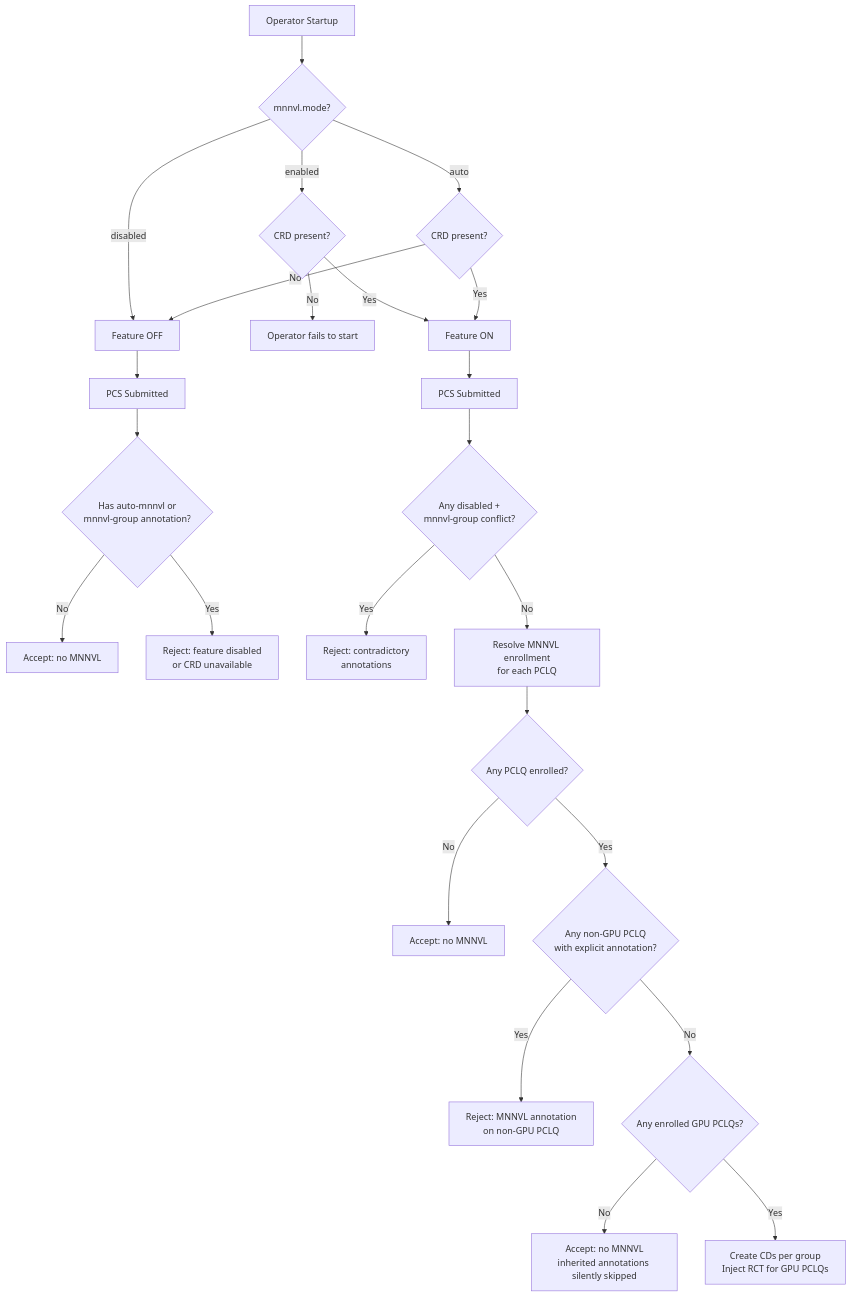
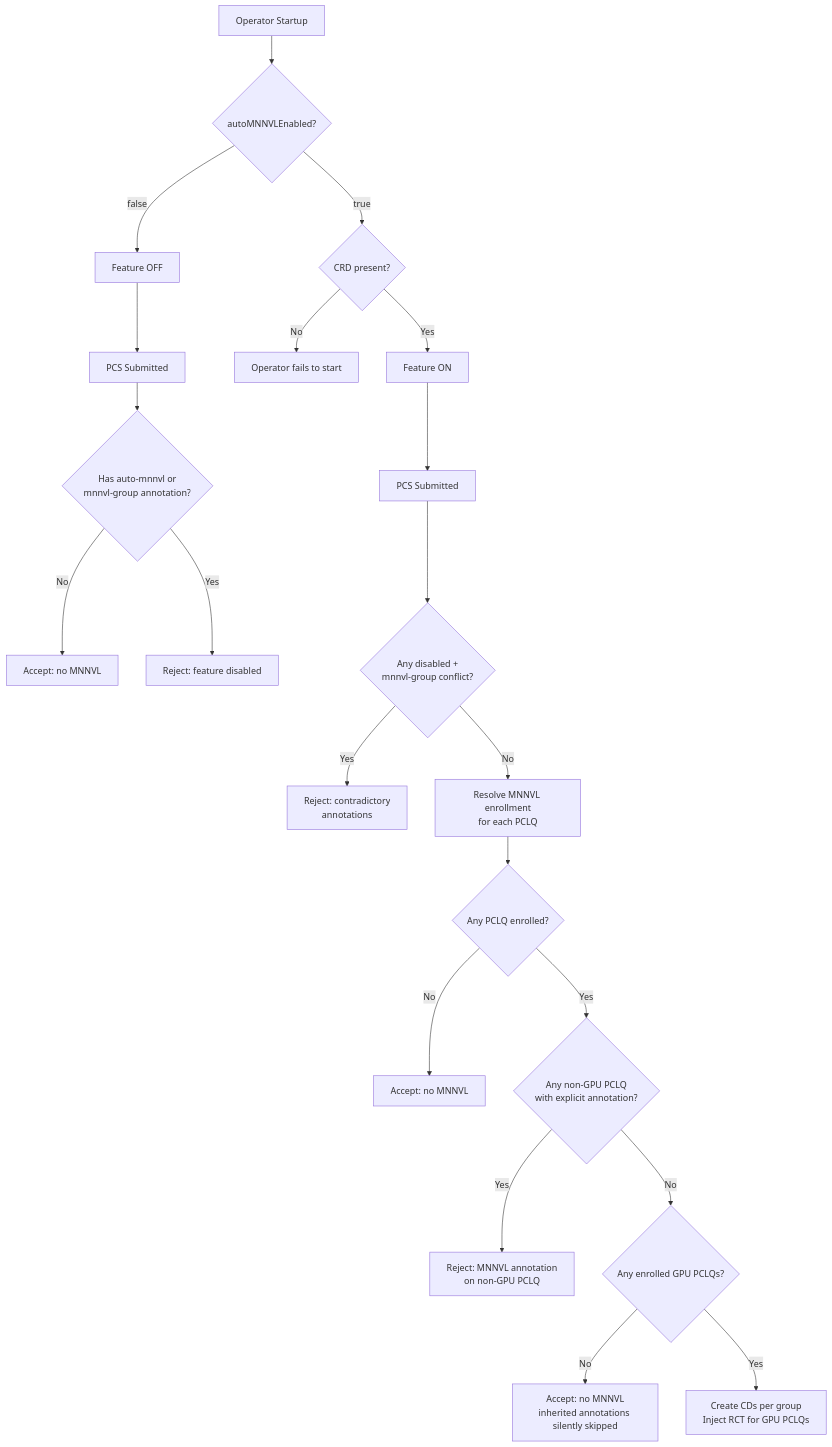
Before and after one commit to ai-dynamo/grove: the diagram in docs/proposals/417-auto-mnnvl/README.md, drawn with Mermaid. The commit also changed other lines of this file, not shown here.

````diff
--- a/docs/proposals/417-auto-mnnvl/README.md
+++ b/docs/proposals/417-auto-mnnvl/README.md
@@ -466,34 +451,31 @@
 ```mermaid
 flowchart TD
-    StartUp["Operator Startup"] --> CheckMode{"mnnvl.mode?"}
+    StartUp["Operator Startup"] --> CheckEnabled{"autoMNNVLEnabled?"}
 
-    CheckMode -->|disabled| FeatureOff["Feature OFF"]
-    CheckMode -->|enabled| CRDEnabled{"CRD present?"}
-    CheckMode -->|auto| CRDAuto{"CRD present?"}
+    CheckEnabled -->|false| FeatureOff["Feature OFF"]
+    CheckEnabled -->|true| CRDCheck{"CRD present?"}
 
-    CRDEnabled -->|No| FailStart["Operator fails to start"]
-    CRDEnabled -->|Yes| FeatureOn["Feature ON"]
-    CRDAuto -->|No| FeatureOff
-    CRDAuto -->|Yes| FeatureOn
+    CRDCheck -->|No| FailStart["Operator fails to start"]
+    CRDCheck -->|Yes| FeatureOn["Feature ON"]
 
     FeatureOff --> PCSSubmitOff["PCS Submitted"]
     FeatureOn --> PCSSubmitOn["PCS Submitted"]
 
     PCSSubmitOff --> HasAnnotationOff{"Has auto-mnnvl or\nmnnvl-group annotation?"}
     HasAnnotationOff -->|No| AcceptNoMNNVL1["Accept: no MNNVL"]
-    HasAnnotationOff -->|Yes| RejectDisabled["Reject: feature disabled\nor CRD unavailable"]
+    HasAnnotationOff -->|Yes| RejectDisabled["Reject: feature disabled"]
 
     PCSSubmitOn --> CheckConflict{"Any disabled +\nmnnvl-group conflict?"}
     CheckConflict -->|Yes| RejectConflict["Reject: contradictory\nannotations"]
     CheckConflict -->|No| ResolveGroups["Resolve MNNVL enrollment\nfor each PCLQ"]
     ResolveGroups --> AnyEnrolled{"Any PCLQ enrolled?"}
 
     AnyEnrolled -->|No| AcceptNoMNNVL2["Accept: no MNNVL"]
     AnyEnrolled -->|Yes| ExplicitNonGPU{"Any non-GPU PCLQ\nwith explicit annotation?"}
 
     ExplicitNonGPU -->|Yes| RejectNonGPU["Reject: MNNVL annotation\non non-GPU PCLQ"]
     ExplicitNonGPU -->|No| HasGPU{"Any enrolled GPU PCLQs?"}
 
     HasGPU -->|No| AcceptNoMNNVL3["Accept: no MNNVL\ninherited annotations silently skipped"]
     HasGPU -->|Yes| CreateCDs["Create CDs per group\nInject RCT for GPU PCLQs"]
 ```
````
